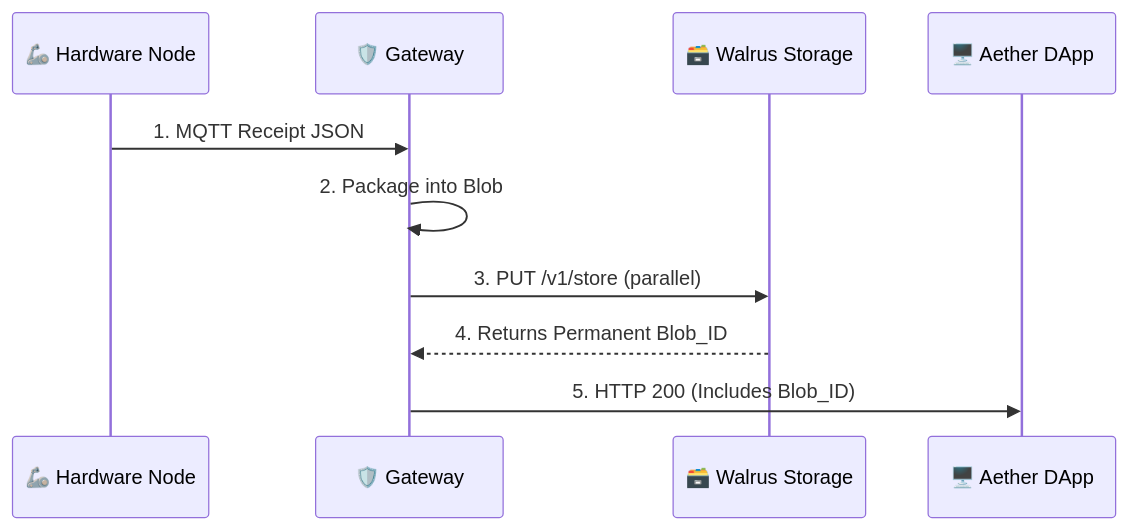
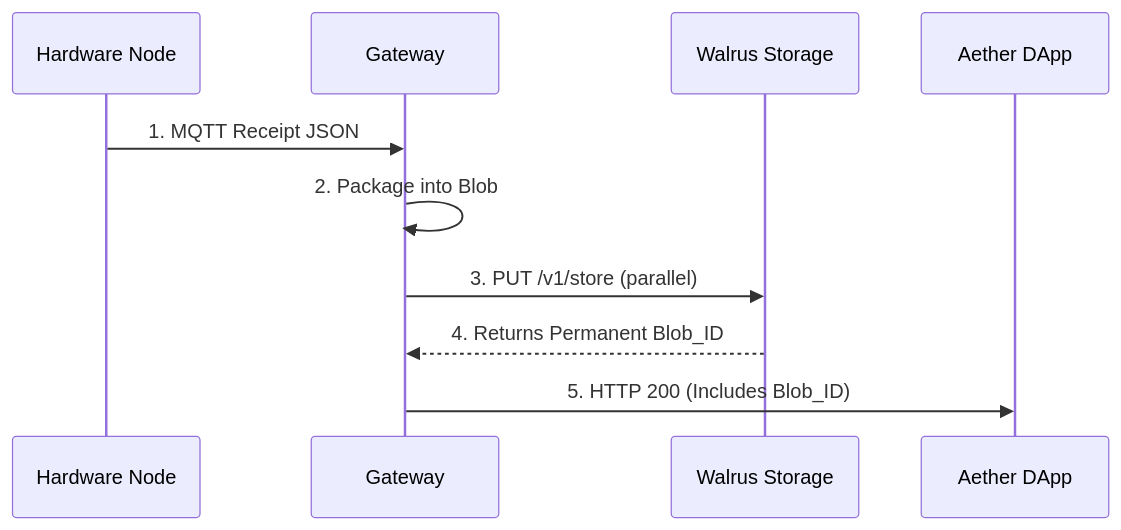
The fifth of 6 diagrams in README.md (altaga/Aether), drawn with Mermaid before and after one commit. The commit also changed other lines of this file and 2 other files, not shown here.

````diff
--- a/README.md
+++ b/README.md
@@ -257,13 +268,13 @@
 ```mermaid
 sequenceDiagram
-    participant HW as 🦾 Hardware Node
-    participant GW as 🛡️ Gateway
-    participant Walrus as 🗃️ Walrus Storage
-    participant DApp as 🖥️ Aether DApp
+    participant HW as Hardware Node
+    participant GW as Gateway
+    participant Walrus as Walrus Storage
+    participant DApp as Aether DApp
 
     HW->>GW: 1. MQTT Receipt JSON
     GW->>GW: 2. Package into Blob
     GW->>Walrus: 3. PUT /v1/store (parallel)
     Walrus-->>GW: 4. Returns Permanent Blob_ID
     GW->>DApp: 5. HTTP 200 (Includes Blob_ID)
 ```
````
